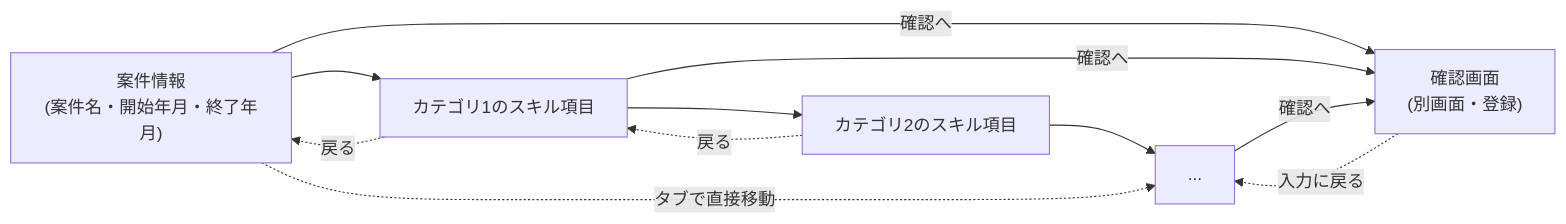
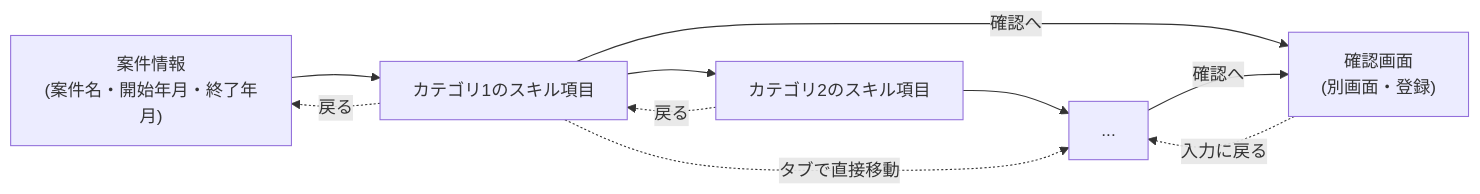
Before and after one commit to Seiya-Nakagawa/Portfolio: the fourth of 4 diagrams in docs/02.design/DESIGN.md, drawn with Mermaid. The commit also changed other lines of this file and 19 other files, not shown here.

````diff
--- a/docs/02.design/DESIGN.md
+++ b/docs/02.design/DESIGN.md
@@ -307,13 +311,12 @@
 ```mermaid
 flowchart LR
     Info["案件情報\n(案件名・開始年月・終了年月)"] --> Cat1["カテゴリ1のスキル項目"]
     Cat1 --> Cat2["カテゴリ2のスキル項目"]
     Cat2 --> CatN["..."]
-    Info -->|確認へ| Confirm
     Cat1 -->|確認へ| Confirm
     CatN -->|確認へ| Confirm["確認画面\n(別画面・登録)"]
     Cat1 -.戻る.-> Info
     Cat2 -.戻る.-> Cat1
     Confirm -.入力に戻る.-> CatN
-    Info -.タブで直接移動.-> CatN
+    Cat1 -.タブで直接移動.-> CatN
 ```
````
